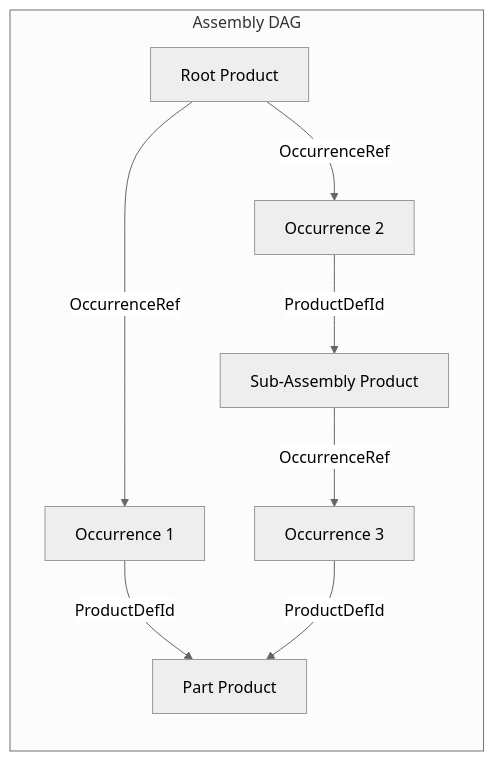
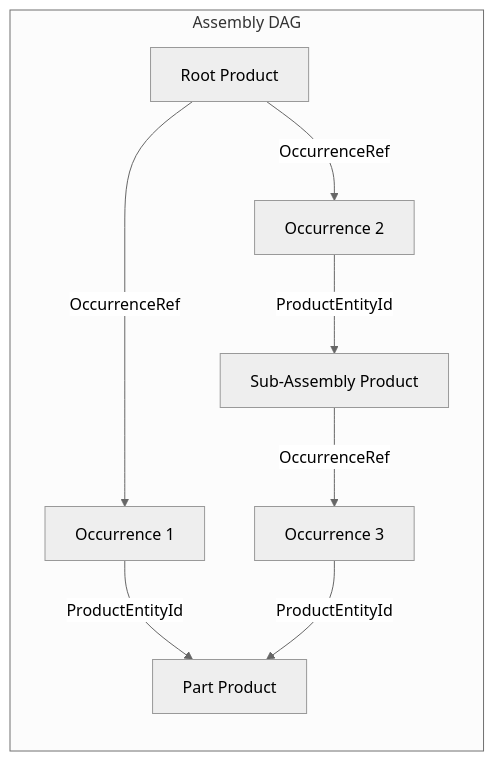
One commit to Open-Cascade-SAS/OCCT changed the fourth of 4 diagrams in src/ModelingData/TKBRep/BRepGraph/README.md. Above: the diagram before and after it, drawn with Mermaid (neutral theme). The commit also changed other lines of this file and 82 other files, not shown here.

First line of the commit message:
Refactor BRepGraph to use EntityId instead of DefId for consistency

````diff
--- a/src/ModelingData/TKBRep/BRepGraph/README.md
+++ b/src/ModelingData/TKBRep/BRepGraph/README.md
@@ -162,18 +164,18 @@
 ```mermaid
 flowchart LR
   subgraph Assembly DAG
     RP[Root Product]
     P1[Part Product]
     P2[Sub-Assembly Product]
     O1[Occurrence 1]
     O2[Occurrence 2]
     O3[Occurrence 3]
   end
 
   RP -->|OccurrenceRef| O1
   RP -->|OccurrenceRef| O2
-  O1 -->|ProductDefId| P1
-  O2 -->|ProductDefId| P2
+  O1 -->|ProductEntityId| P1
+  O2 -->|ProductEntityId| P2
   P2 -->|OccurrenceRef| O3
-  O3 -->|ProductDefId| P1
+  O3 -->|ProductEntityId| P1
 ```
````
